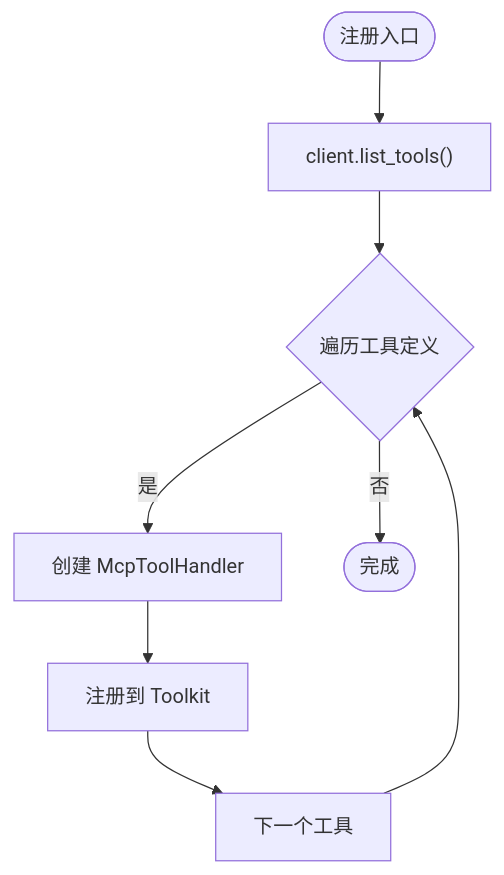
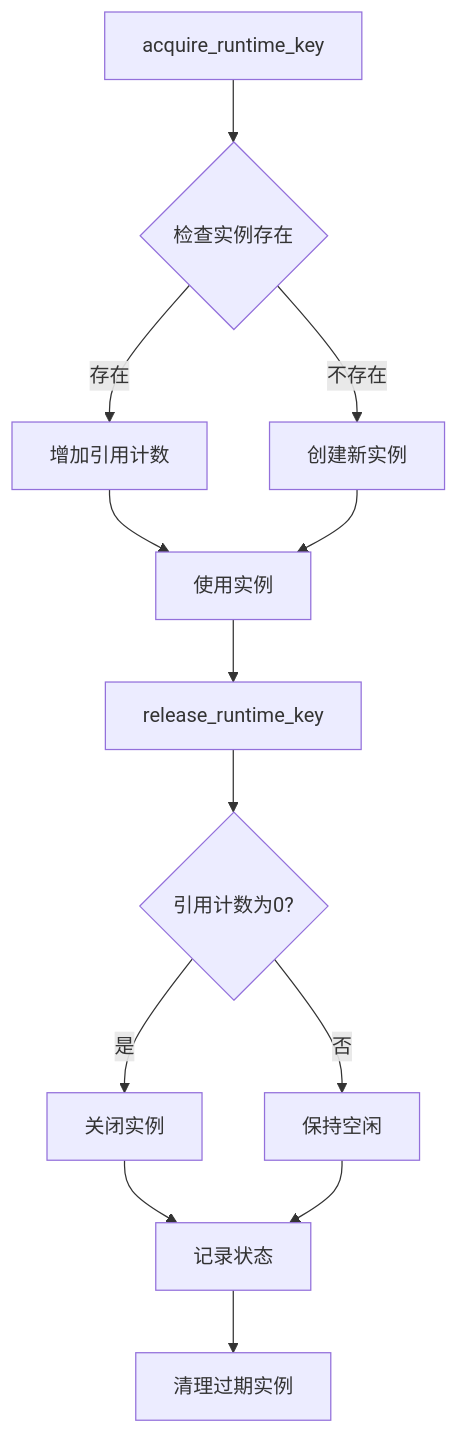
Before and after one commit to ixiejun/macaca: the ninth of 11 diagrams in .qoder/repowiki/zh/content/扩展开发/MCP协议.md, drawn with Mermaid. The commit also changed other lines of this file and 49 other files, not shown here.

````diff
--- a/.qoder/repowiki/zh/content/扩展开发/MCP协议.md
+++ b/.qoder/repowiki/zh/content/扩展开发/MCP协议.md
@@ -305,10 +464,15 @@
 ```mermaid
 flowchart TD
-Start(["注册入口"]) --> List["client.list_tools()"]
-List --> ForEach{"遍历工具定义"}
-ForEach --> |是| Wrap["创建 McpToolHandler"]
-Wrap --> Register["注册到 Toolkit"]
-Register --> Next["下一个工具"]
-Next --> ForEach
-ForEach --> |否| Done(["完成"])
+Acquire["acquire_runtime_key"] --> Check{"检查实例存在"}
+Check --> |存在| IncRef["增加引用计数"]
+Check --> |不存在| Create["创建新实例"]
+IncRef --> Use["使用实例"]
+Create --> Use
+Use --> Release["release_runtime_key"]
+Release --> CheckClose{"引用计数为0?"}
+CheckClose --> |是| Close["关闭实例"]
+CheckClose --> |否| Idle["保持空闲"]
+Close --> Record["记录状态"]
+Idle --> Record
+Record --> Cleanup["清理过期实例"]
 ```
````
